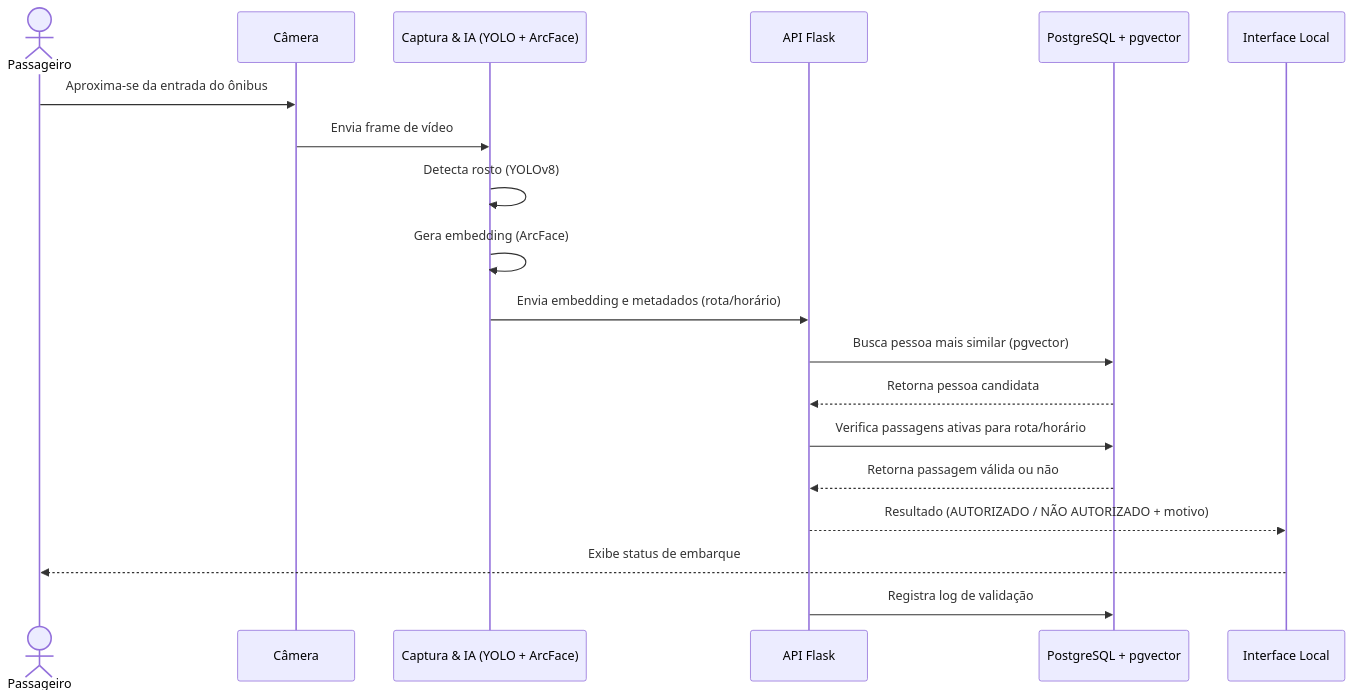
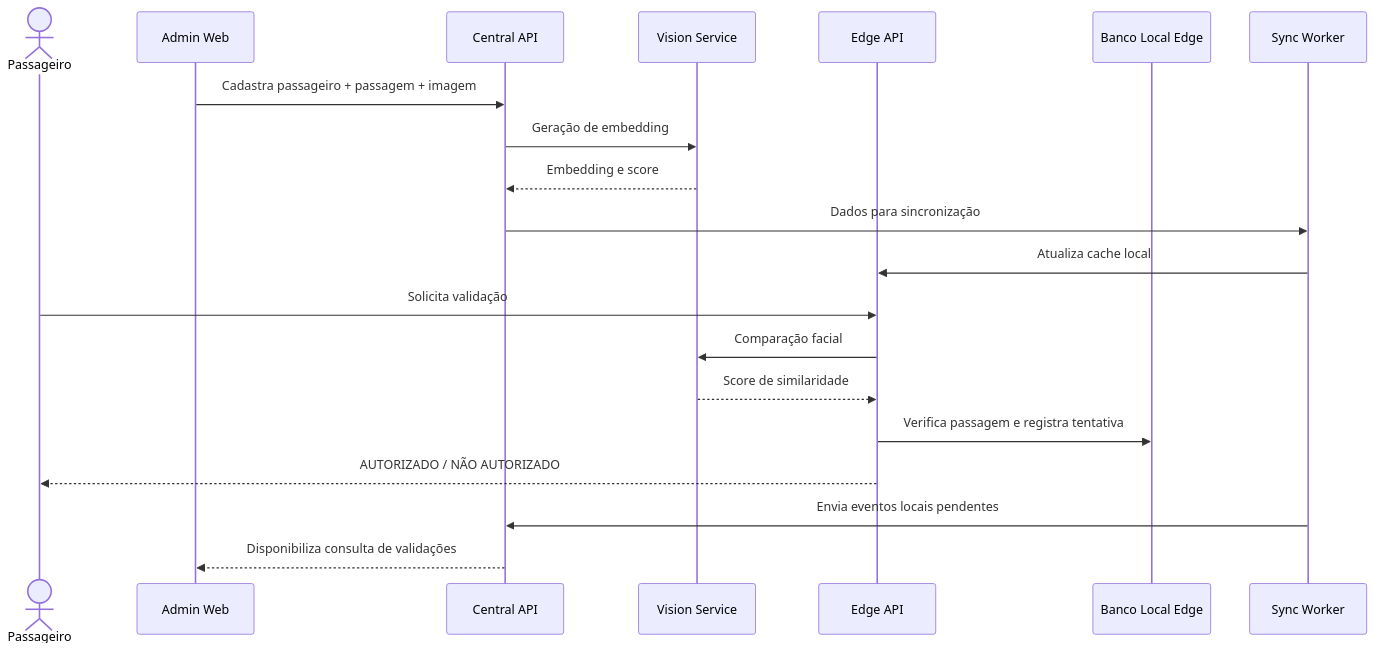
One commit to vitormz6/Sistema-De-Validacao-De-Embarque-Por-Reconhecimento-Facial changed the seventh of 7 diagrams in README.md. Above: the diagram before and after it, drawn with Mermaid. The commit also changed other lines of this file and 302 other files, not shown here.

First line of the commit message:
Add .gitignore and set up admin web application structure

````diff
--- a/README.md
+++ b/README.md
@@ -670,22 +658,25 @@
 ```mermaid
 sequenceDiagram
     actor Passageiro
-    participant Cam as Câmera
-    participant IA as Captura & IA (YOLO + ArcFace)
-    participant API as API Flask
-    participant DB as PostgreSQL + pgvector
-    participant UI as Interface Local
+    participant Admin as Admin Web
+    participant Central as Central API
+    participant Vision as Vision Service
+    participant Edge as Edge API
+    participant LocalDB as Banco Local Edge
+    participant Worker as Sync Worker
 
-    Passageiro->>Cam: Aproxima-se da entrada do ônibus
-    Cam->>IA: Envia frame de vídeo
-    IA->>IA: Detecta rosto (YOLOv8)
-    IA->>IA: Gera embedding (ArcFace)
-    IA->>API: Envia embedding e metadados (rota/horário)
-    API->>DB: Busca pessoa mais similar (pgvector)
-    DB-->>API: Retorna pessoa candidata
-    API->>DB: Verifica passagens ativas para rota/horário
-    DB-->>API: Retorna passagem válida ou não
-    API-->>UI: Resultado (AUTORIZADO / NÃO AUTORIZADO + motivo)
-    UI-->>Passageiro: Exibe status de embarque
-    API->>DB: Registra log de validação
+    Admin->>Central: Cadastra passageiro + passagem + imagem
+    Central->>Vision: Geração de embedding
+    Vision-->>Central: Embedding e score
+    Central->>Worker: Dados para sincronização
+    Worker->>Edge: Atualiza cache local
+
+    Passageiro->>Edge: Solicita validação
+    Edge->>Vision: Comparação facial
+    Vision-->>Edge: Score de similaridade
+    Edge->>LocalDB: Verifica passagem e registra tentativa
+    Edge-->>Passageiro: AUTORIZADO / NÃO AUTORIZADO
+
+    Worker->>Central: Envia eventos locais pendentes
+    Central-->>Admin: Disponibiliza consulta de validações
 ```
````
